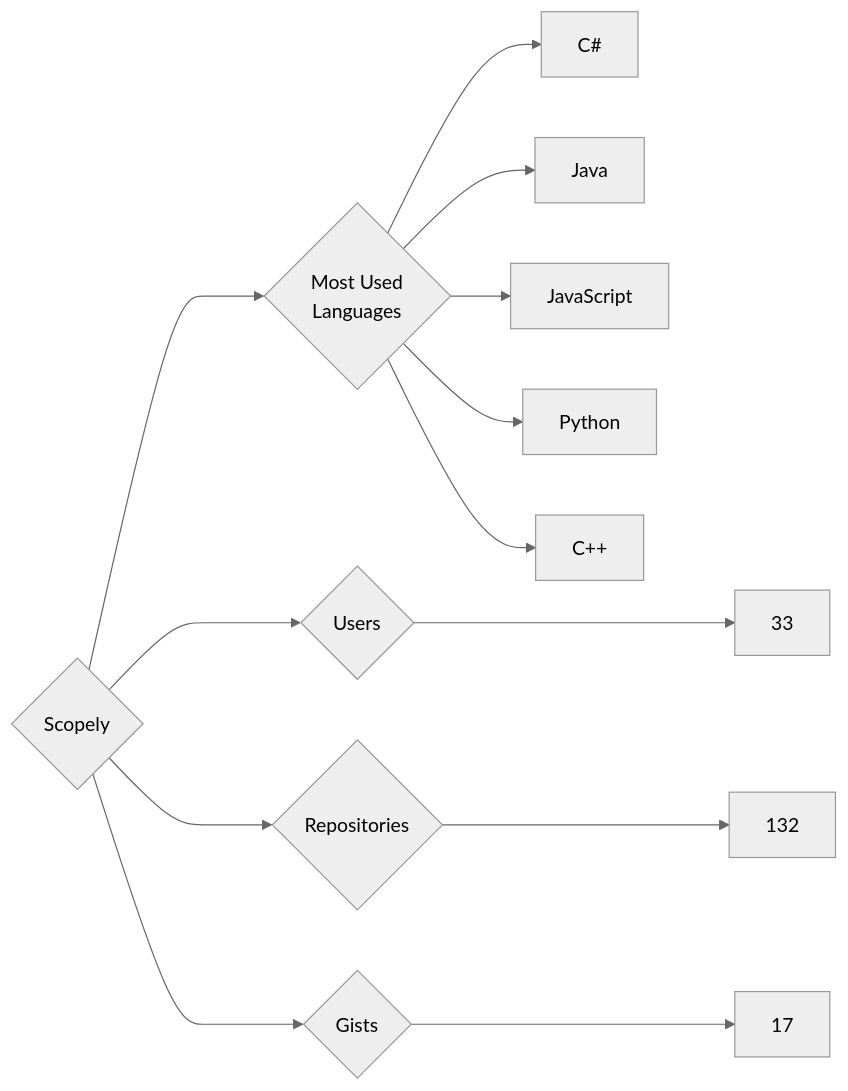
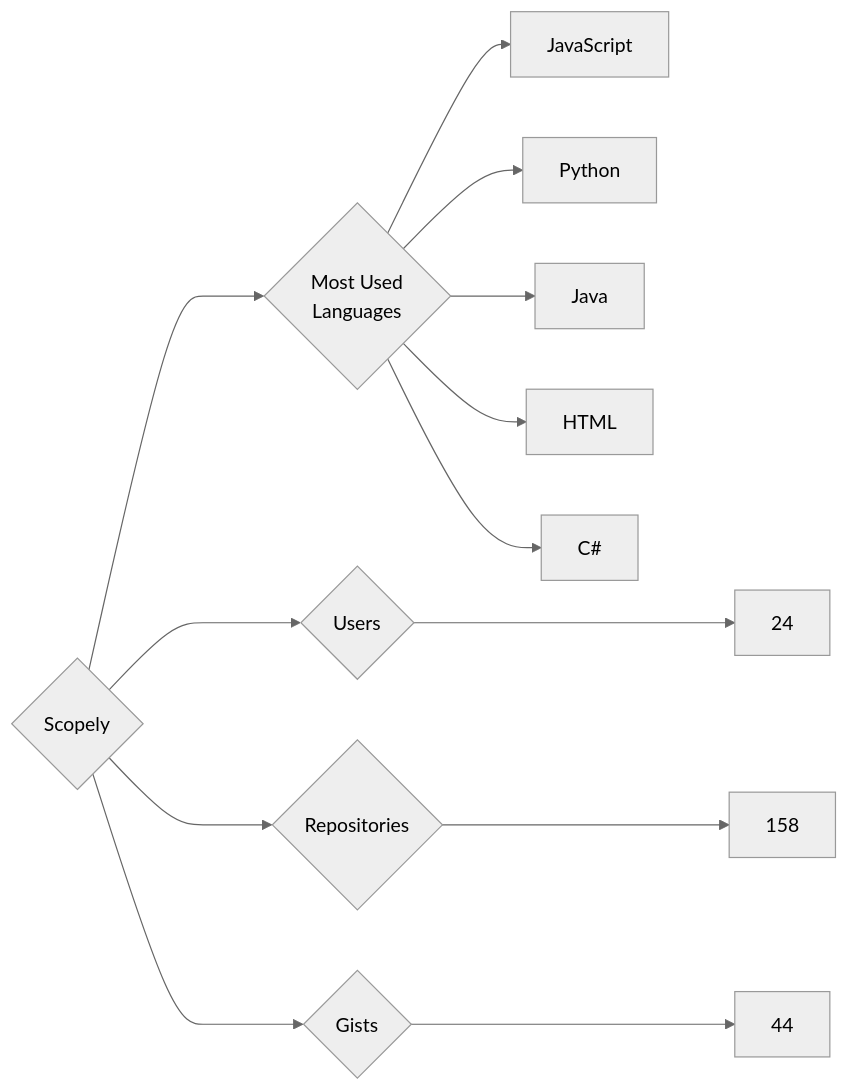
Before and after one commit to trickest/insiders: the diagram in targets/Scopely/README.md, drawn with Mermaid (neutral theme). The commit also changed 912 other files, not shown here.

````diff
--- a/targets/Scopely/README.md
+++ b/targets/Scopely/README.md
@@ -3,13 +3,13 @@
 ```mermaid
 graph LR
 COMPANY_NAME{Scopely}
-COMPANY_NAME ---> U{Users} ---> UN[33]
-COMPANY_NAME ---> R{Repositories} ---> RN[132]
-COMPANY_NAME ---> G{Gists} ---> GN[17]
+COMPANY_NAME ---> U{Users} ---> UN[24]
+COMPANY_NAME ---> R{Repositories} ---> RN[158]
+COMPANY_NAME ---> G{Gists} ---> GN[44]
 COMPANY_NAME ---> ML{Most Used<br>Languages}
-ML --> C#[C#]
-ML --> Java[Java]
 ML --> JavaScript[JavaScript]
 ML --> Python[Python]
-ML --> C++[C++]
+ML --> Java[Java]
+ML --> HTML[HTML]
+ML --> C#[C#]
 ```
````
